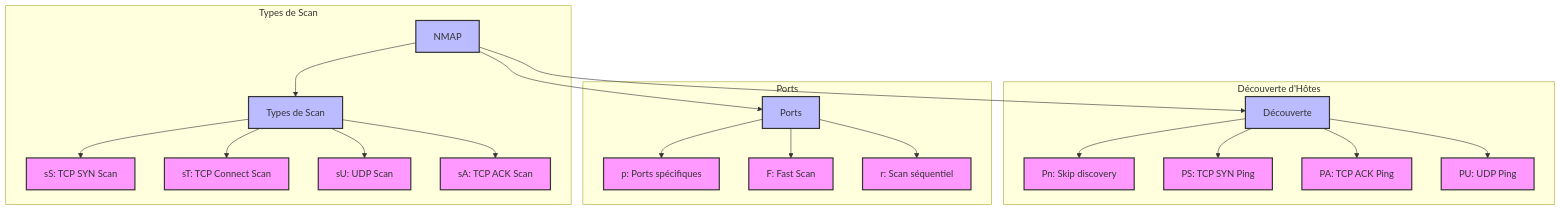
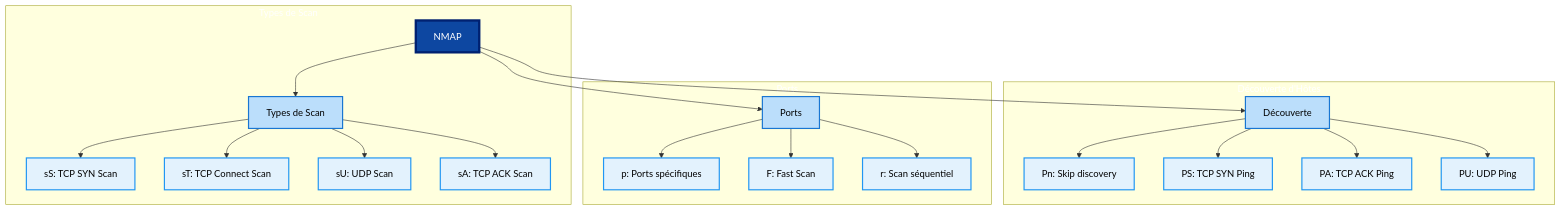
Before and after one commit to Roadmvn/Nmap-sheet: the diagram in docs/2-scanning-techniques.md, drawn with Mermaid. The commit also changed other lines of this file and 2 other files, not shown here.

Commit message:
style: amélioration de la lisibilité du texte dans les diagrammes

````diff
--- a/docs/2-scanning-techniques.md
+++ b/docs/2-scanning-techniques.md
@@ -1,31 +3,33 @@
 ```mermaid
 graph TB
     NMAP[NMAP]
     
     subgraph Types de Scan
     NMAP --> ScanTech[Types de Scan]
     ScanTech --> S1[sS: TCP SYN Scan]
     ScanTech --> S2[sT: TCP Connect Scan]
     ScanTech --> S3[sU: UDP Scan]
     ScanTech --> S4[sA: TCP ACK Scan]
     end
     
     subgraph Découverte d'Hôtes
     NMAP --> HostDisc[Découverte]
     HostDisc --> H1[Pn: Skip discovery]
     HostDisc --> H2[PS: TCP SYN Ping]
     HostDisc --> H3[PA: TCP ACK Ping]
     HostDisc --> H4[PU: UDP Ping]
     end
     
     subgraph Ports
     NMAP --> PortSpec[Ports]
     PortSpec --> P1[p: Ports spécifiques]
     PortSpec --> P2[F: Fast Scan]
     PortSpec --> P3[r: Scan séquentiel]
     end
 
-    classDef default fill:#f9f,stroke:#333,stroke-width:2px;
-    classDef section fill:#bbf,stroke:#333,stroke-width:2px;
-    class NMAP,ScanTech,HostDisc,PortSpec section
+    classDef default fill:#e3f2fd,stroke:#2196f3,stroke-width:2px,color:#000;
+    classDef section fill:#bbdefb,stroke:#1976d2,stroke-width:2px,color:#000;
+    classDef root fill:#0d47a1,stroke:#002171,stroke-width:4px,color:#fff;
+    class NMAP root;
+    class ScanTech,HostDisc,PortSpec section;
 ```
````
